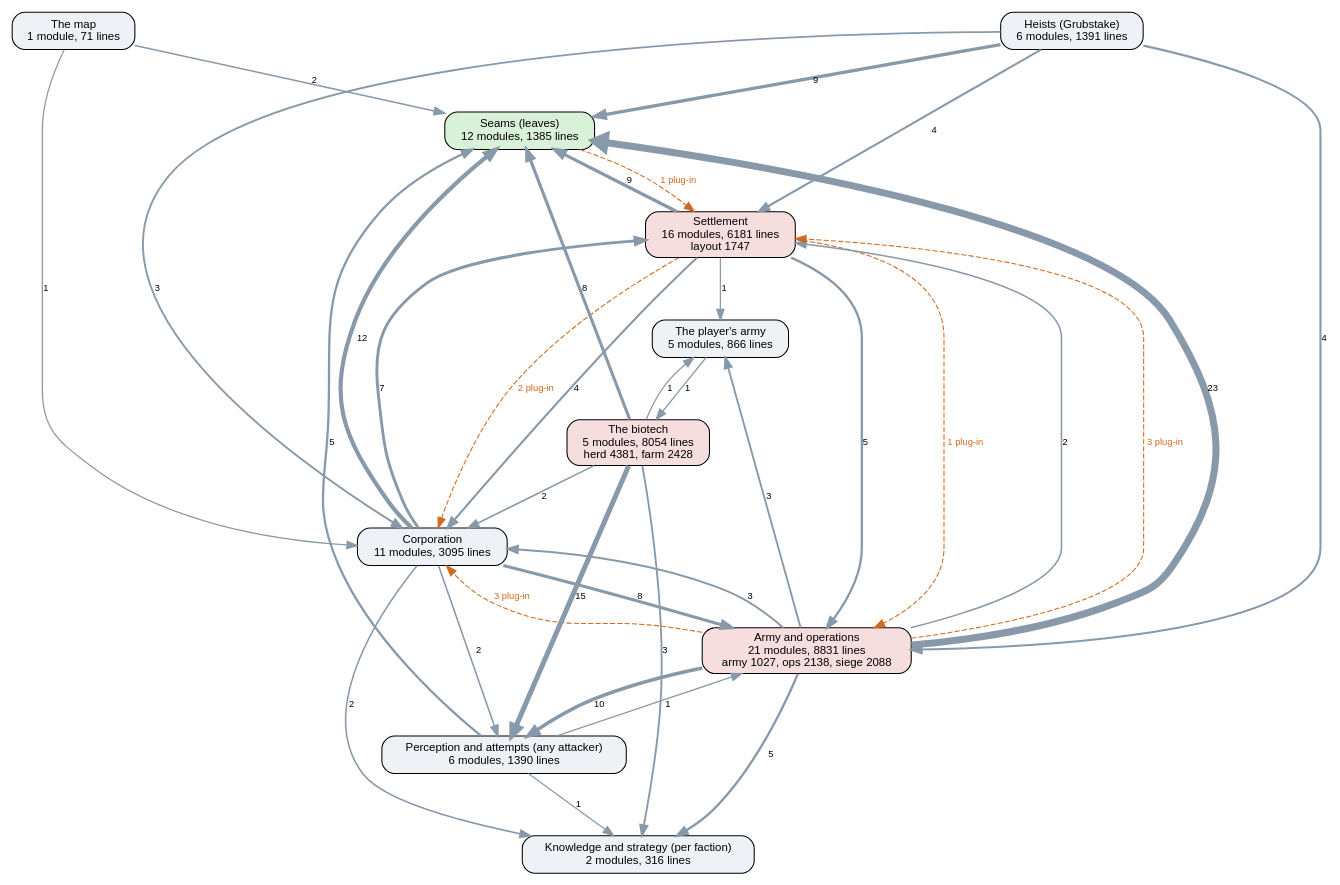
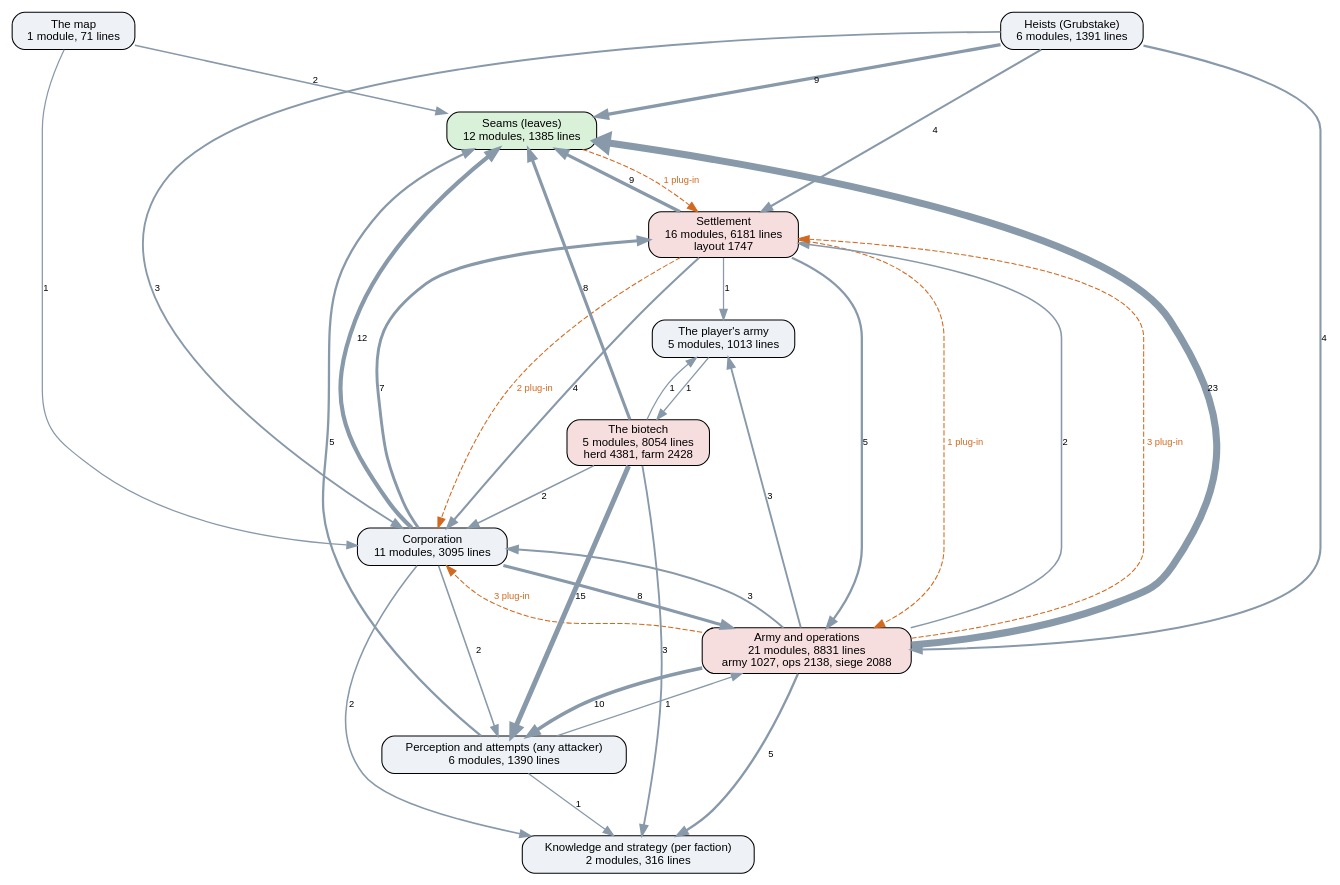
The diagram in docs/ai-layers.dot (kinelhu/landing-party), drawn with Graphviz before and after one commit. The commit also changed 13 other files, not shown here.

```diff
--- a/docs/ai-layers.dot
+++ b/docs/ai-layers.dot
@@ -1,50 +1,50 @@
 digraph layers {
   graph [rankdir=TB, fontname="Helvetica", nodesep=0.5, ranksep=0.7];
   node [shape=box, style="rounded,filled", fontname="Helvetica", fontsize=11, fillcolor="#eef2f7"];
   edge [color="#8899aa", fontname="Helvetica", fontsize=9];
   "Seams (leaves)" [label="Seams (leaves)\n12 modules, 1385 lines", fillcolor="#d9f0d9"];
   "Perception and attempts (any attacker)" [label="Perception and attempts (any attacker)\n6 modules, 1390 lines", fillcolor="#eef2f7"];
   "Knowledge and strategy (per faction)" [label="Knowledge and strategy (per faction)\n2 modules, 316 lines", fillcolor="#eef2f7"];
   "Corporation" [label="Corporation\n11 modules, 3095 lines", fillcolor="#eef2f7"];
   "Settlement" [label="Settlement\n16 modules, 6181 lines\nlayout 1747", fillcolor="#f7dede"];
   "Army and operations" [label="Army and operations\n21 modules, 8831 lines\narmy 1027, ops 2138, siege 2088", fillcolor="#f7dede"];
   "Heists (Grubstake)" [label="Heists (Grubstake)\n6 modules, 1391 lines", fillcolor="#eef2f7"];
   "The biotech" [label="The biotech\n5 modules, 8054 lines\nherd 4381, farm 2428", fillcolor="#f7dede"];
   "The map" [label="The map\n1 module, 71 lines", fillcolor="#eef2f7"];
-  "The player's army" [label="The player's army\n5 modules, 866 lines", fillcolor="#eef2f7"];
+  "The player's army" [label="The player's army\n5 modules, 1013 lines", fillcolor="#eef2f7"];
   "Army and operations" -> "Corporation" [label="3", penwidth=1.8];
   "Army and operations" -> "Knowledge and strategy (per faction)" [label="5", penwidth=2.2];
   "Army and operations" -> "Perception and attempts (any attacker)" [label="10", penwidth=3.5];
   "Army and operations" -> "Seams (leaves)" [label="23", penwidth=6.8];
   "Army and operations" -> "Settlement" [label="2", penwidth=1.5];
   "Army and operations" -> "The player's army" [label="3", penwidth=1.8];
   "Corporation" -> "Army and operations" [label="8", penwidth=3.0];
   "Corporation" -> "Knowledge and strategy (per faction)" [label="2", penwidth=1.5];
   "Corporation" -> "Perception and attempts (any attacker)" [label="2", penwidth=1.5];
   "Corporation" -> "Seams (leaves)" [label="12", penwidth=4.0];
   "Corporation" -> "Settlement" [label="7", penwidth=2.8];
   "Heists (Grubstake)" -> "Army and operations" [label="4", penwidth=2.0];
   "Heists (Grubstake)" -> "Corporation" [label="3", penwidth=1.8];
   "Heists (Grubstake)" -> "Seams (leaves)" [label="9", penwidth=3.2];
   "Heists (Grubstake)" -> "Settlement" [label="4", penwidth=2.0];
   "Perception and attempts (any attacker)" -> "Army and operations" [label="1", penwidth=1.2];
   "Perception and attempts (any attacker)" -> "Knowledge and strategy (per faction)" [label="1", penwidth=1.2];
   "Perception and attempts (any attacker)" -> "Seams (leaves)" [label="5", penwidth=2.2];
   "Settlement" -> "Army and operations" [label="5", penwidth=2.2];
   "Settlement" -> "Corporation" [label="4", penwidth=2.0];
   "Settlement" -> "Seams (leaves)" [label="9", penwidth=3.2];
   "Settlement" -> "The player's army" [label="1", penwidth=1.2];
   "The biotech" -> "Corporation" [label="2", penwidth=1.5];
   "The biotech" -> "Knowledge and strategy (per faction)" [label="3", penwidth=1.8];
   "The biotech" -> "Perception and attempts (any attacker)" [label="15", penwidth=4.8];
   "The biotech" -> "Seams (leaves)" [label="8", penwidth=3.0];
   "The biotech" -> "The player's army" [label="1", penwidth=1.2];
   "The map" -> "Corporation" [label="1", penwidth=1.2];
   "The map" -> "Seams (leaves)" [label="2", penwidth=1.5];
   "The player's army" -> "The biotech" [label="1", penwidth=1.2];
   "Army and operations" -> "Corporation" [style=dashed, color="#d2691e", fontcolor="#d2691e", label="3 plug-in"];
   "Army and operations" -> "Settlement" [style=dashed, color="#d2691e", fontcolor="#d2691e", label="3 plug-in"];
   "Seams (leaves)" -> "Settlement" [style=dashed, color="#d2691e", fontcolor="#d2691e", label="1 plug-in"];
   "Settlement" -> "Army and operations" [style=dashed, color="#d2691e", fontcolor="#d2691e", label="1 plug-in"];
   "Settlement" -> "Corporation" [style=dashed, color="#d2691e", fontcolor="#d2691e", label="2 plug-in"];
 }
```
